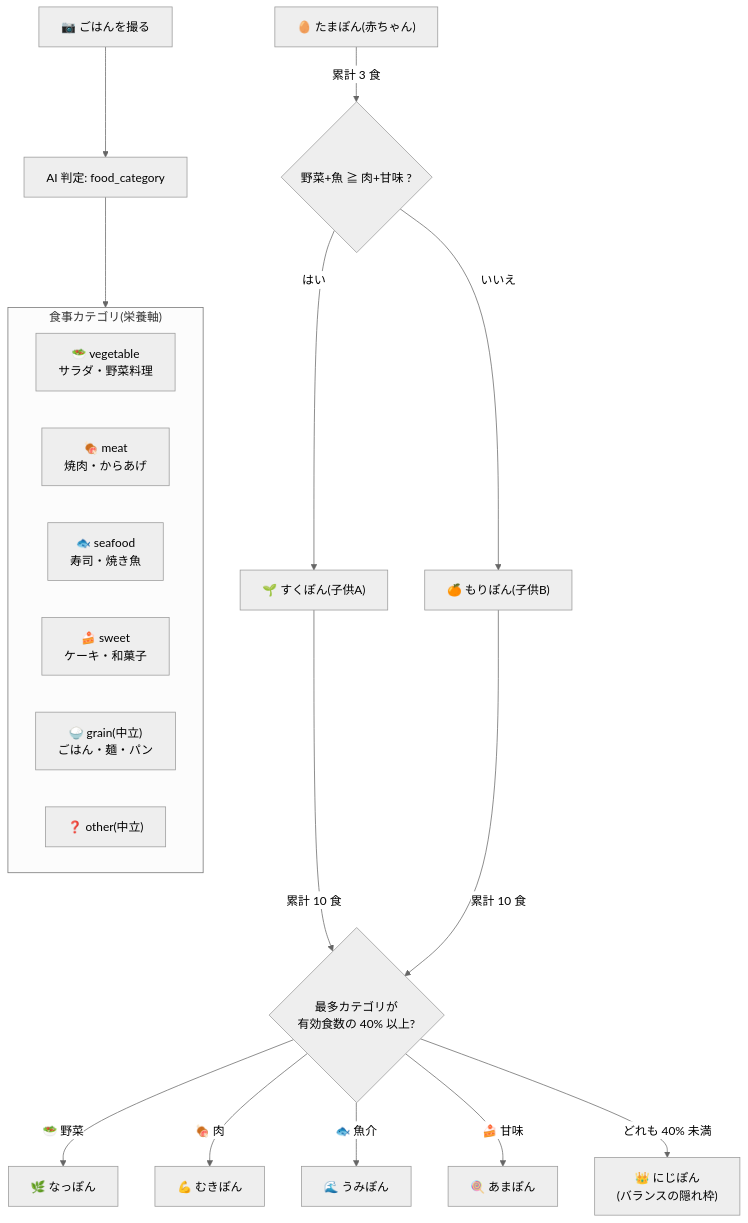
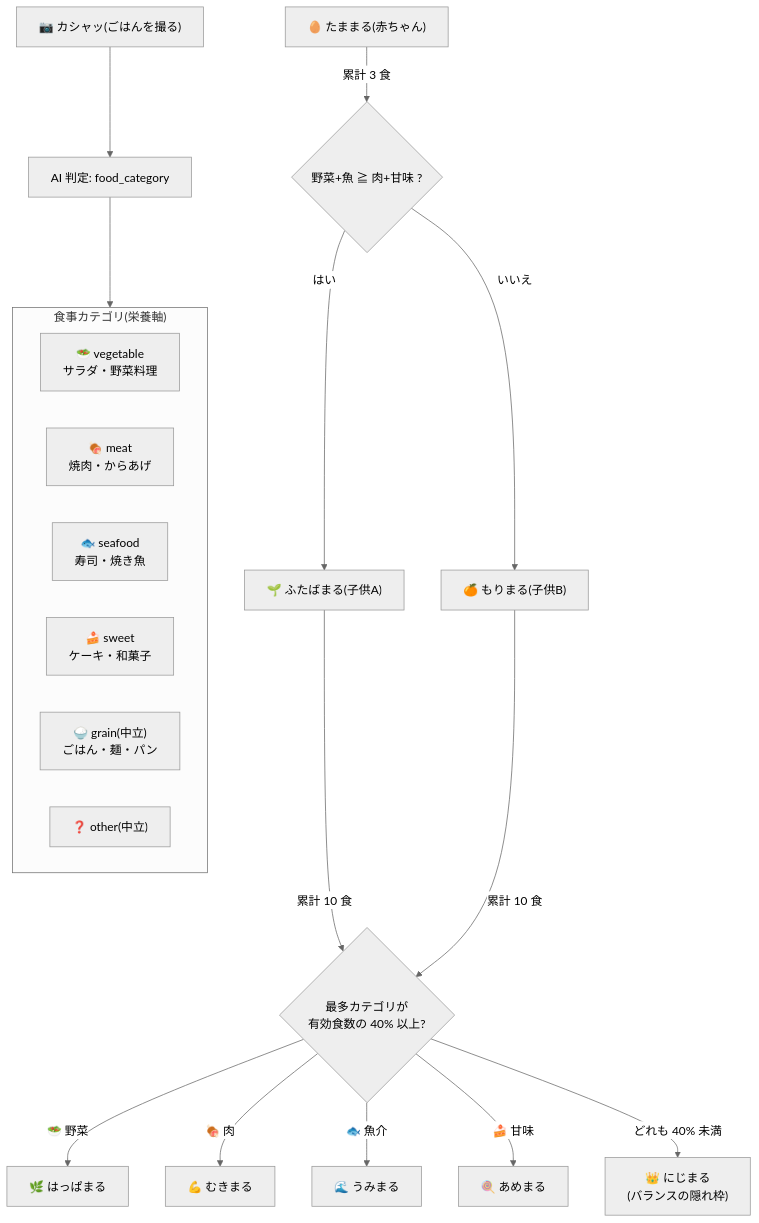
The diagram in docs/CHARACTER.md (aieo-product/ToiCamera), drawn with Mermaid (neutral theme) before and after one commit. The commit also changed other lines of this file, not shown here.

````diff
--- a/docs/CHARACTER.md
+++ b/docs/CHARACTER.md
@@ -45,25 +42,25 @@
 ```mermaid
 flowchart TD
-    P["📷 ごはんを撮る"] --> AI["AI 判定: food_category"]
+    P["📷 カシャッ(ごはんを撮る)"] --> AI["AI 判定: food_category"]
 
     subgraph cat["食事カテゴリ(栄養軸)"]
       V["🥗 vegetable<br/>サラダ・野菜料理"]
       M["🍖 meat<br/>焼肉・からあげ"]
       S["🐟 seafood<br/>寿司・焼き魚"]
       W["🍰 sweet<br/>ケーキ・和菓子"]
       G["🍚 grain(中立)<br/>ごはん・麺・パン"]
       O["❓ other(中立)"]
     end
     AI --> cat
 
-    B["🥚 たまぽん(赤ちゃん)"] -->|"累計 3 食"| C{"野菜+魚 ≧ 肉+甘味 ?"}
-    C -->|"はい"| CA["🌱 すくぽん(子供A)"]
-    C -->|"いいえ"| CB["🍊 もりぽん(子供B)"]
+    B["🥚 たままる(赤ちゃん)"] -->|"累計 3 食"| C{"野菜+魚 ≧ 肉+甘味 ?"}
+    C -->|"はい"| CA["🌱 ふたばまる(子供A)"]
+    C -->|"いいえ"| CB["🍊 もりまる(子供B)"]
     CA -->|"累計 10 食"| D{"最多カテゴリが<br/>有効食数の 40% 以上?"}
     CB -->|"累計 10 食"| D
-    D -->|"🥗 野菜"| F3["🌿 なっぽん"]
-    D -->|"🍖 肉"| F4["💪 むきぽん"]
-    D -->|"🐟 魚介"| F5["🌊 うみぽん"]
-    D -->|"🍰 甘味"| F6["🍭 あまぽん"]
-    D -->|"どれも 40% 未満"| F7["👑 にじぽん<br/>(バランスの隠れ枠)"]
+    D -->|"🥗 野菜"| F3["🌿 はっぱまる"]
+    D -->|"🍖 肉"| F4["💪 むきまる"]
+    D -->|"🐟 魚介"| F5["🌊 うみまる"]
+    D -->|"🍰 甘味"| F6["🍭 あめまる"]
+    D -->|"どれも 40% 未満"| F7["👑 にじまる<br/>(バランスの隠れ枠)"]
 ```
````
